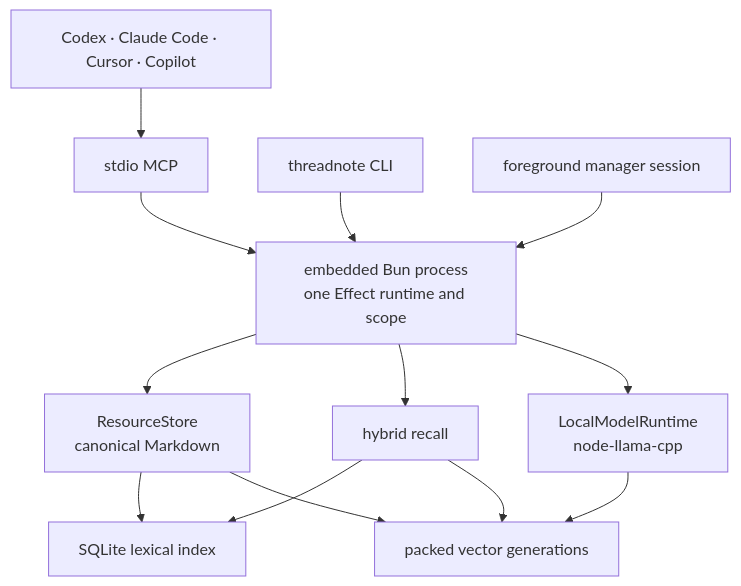
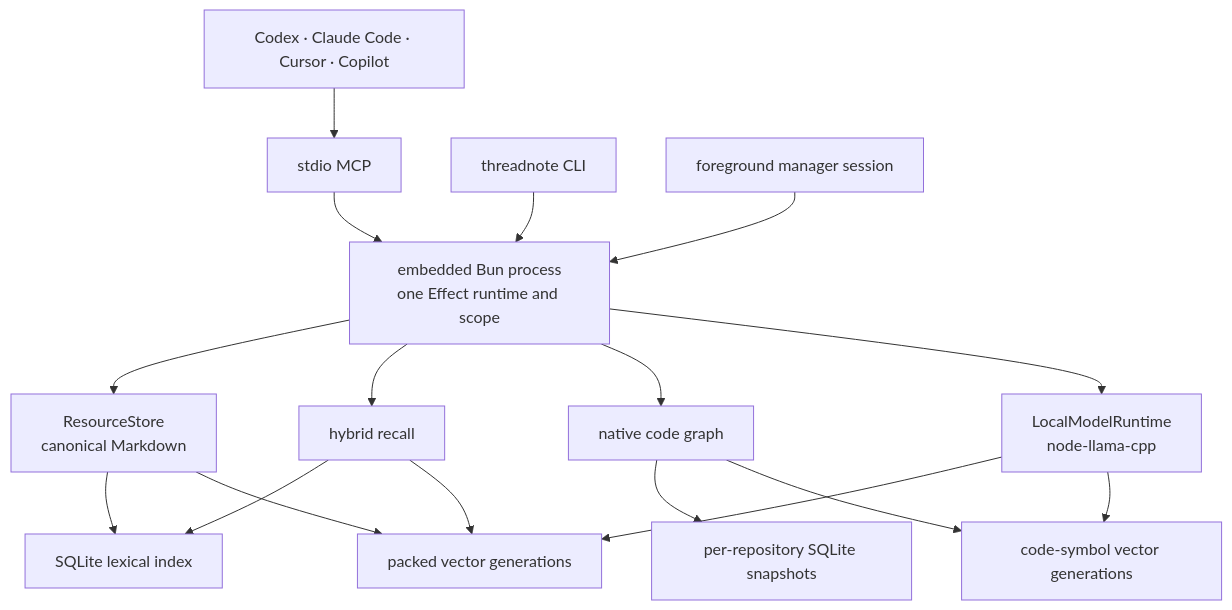
The diagram in docs/architecture.md (Kashkovsky/threadnote), drawn with Mermaid before and after one commit. The commit also changed other lines of this file and 74 other files, not shown here.

Commit message:
feat: add self-contained code graph search

````diff
--- a/docs/architecture.md
+++ b/docs/architecture.md
@@ -20,15 +20,19 @@
 ```mermaid
 flowchart TD
     Agents["Codex · Claude Code · Cursor · Copilot"] --> MCP["stdio MCP"]
     CLI["threadnote CLI"] --> Runtime["embedded Bun process<br/>one Effect runtime and scope"]
     MCP --> Runtime
     Manager["foreground manager session"] --> Runtime
     Runtime --> Store["ResourceStore<br/>canonical Markdown"]
     Runtime --> Recall["hybrid recall"]
+    Runtime --> CodeGraph["native code graph"]
     Runtime --> Models["LocalModelRuntime<br/>node-llama-cpp"]
     Recall --> Lexical["SQLite lexical index"]
     Recall --> Vectors["packed vector generations"]
     Models --> Vectors
+    CodeGraph --> GraphSqlite["per-repository SQLite snapshots"]
+    CodeGraph --> GraphVectors["code-symbol vector generations"]
+    Models --> GraphVectors
     Store --> Lexical
     Store --> Vectors
 ```
````
